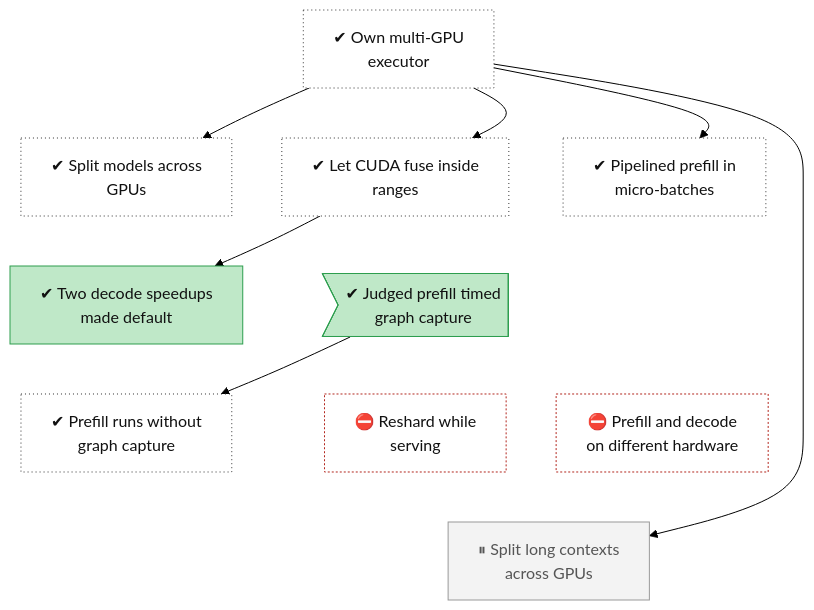
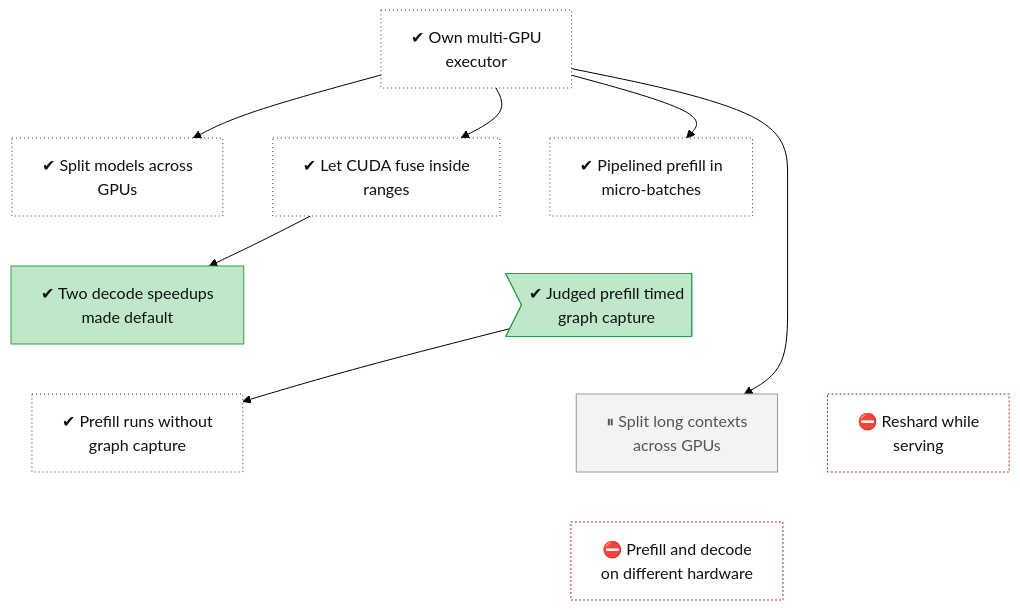
The diagram in docs/roadmap/tracks/multi.md (lhns/tetraeder), drawn with Mermaid (forest theme) before and after one commit. The commit also changed 9 other files, not shown here.

````diff
--- a/docs/roadmap/tracks/multi.md
+++ b/docs/roadmap/tracks/multi.md
@@ -10,49 +10,49 @@
 ```mermaid
 flowchart TB
     multi_executor["✔ Own multi-GPU<br/>executor"]
     multi_sharded["✔ Split models across<br/>GPUs"]
     multi_graph_views["✔ Let CUDA fuse inside<br/>ranges"]
     multi_pipelined_prefill["✔ Pipelined prefill in<br/>micro-batches"]
     multi_decode_toggles["✔ Two decode speedups<br/>made default"]
     multi_defect_capture>"✔ Judged prefill timed<br/>graph capture"]
     multi_prefill_no_capture["✔ Prefill runs without<br/>graph capture"]
+    multi_context_parallel["⏸ Split long contexts<br/>across GPUs"]
     multi_live_reshard["⛔ Reshard while<br/>serving"]
     multi_split_hardware["⛔ Prefill and decode<br/>on different hardware"]
-    multi_context_parallel["⏸ Split long contexts<br/>across GPUs"]
     multi_executor ~~~ multi_sharded
     multi_executor ~~~ multi_graph_views
     multi_executor ~~~ multi_pipelined_prefill
     multi_sharded ~~~ multi_decode_toggles
     multi_graph_views ~~~ multi_defect_capture
     multi_pipelined_prefill ~~~ multi_defect_capture
     multi_decode_toggles ~~~ multi_prefill_no_capture
+    multi_defect_capture ~~~ multi_context_parallel
     multi_defect_capture ~~~ multi_live_reshard
-    multi_defect_capture ~~~ multi_split_hardware
-    multi_prefill_no_capture ~~~ multi_context_parallel
-    multi_live_reshard ~~~ multi_context_parallel
-    multi_split_hardware ~~~ multi_context_parallel
+    multi_prefill_no_capture ~~~ multi_split_hardware
+    multi_context_parallel ~~~ multi_split_hardware
+    multi_live_reshard ~~~ multi_split_hardware
     multi_executor --> multi_sharded
     multi_executor --> multi_graph_views
     multi_executor --> multi_pipelined_prefill
     multi_graph_views --> multi_decode_toggles
     multi_defect_capture --> multi_prefill_no_capture
     multi_executor --> multi_context_parallel
     classDef vsucc fill:#2e9e4f,stroke:#1b6b34,color:#fff
     classDef succ fill:#bfe8c8,stroke:#2e9e4f,color:#111
     classDef mixed fill:#ffd37a,stroke:#c98a00,color:#111
     classDef bad fill:#f28b82,stroke:#b3261e,color:#111
     classDef dead fill:#e6e6e6,stroke:#777,stroke-dasharray:5 5,color:#555
     classDef inprog fill:#a8cdf5,stroke:#1f6fc5,color:#111
     classDef next fill:#fff,stroke:#333,color:#111
     classDef blocked fill:#fff,stroke:#b3261e,stroke-dasharray:2 2,color:#111
     classDef parked fill:#f3f3f3,stroke:#999,color:#555
     classDef unrated fill:#fff,stroke:#333,stroke-dasharray:1 3,color:#111
     classDef gate fill:#d9c2f0,stroke:#7b3fb5,color:#111
     classDef decided fill:#ece0f7,stroke:#7b3fb5,stroke-dasharray:2 2,color:#111
     classDef finding fill:#ffe0b2,stroke:#d84315,stroke-width:2px,color:#111
     classDef waiting fill:#e3f2fd,stroke:#1f6fc5,stroke-dasharray:5 5,color:#111
     class multi_executor,multi_sharded,multi_graph_views,multi_pipelined_prefill,multi_prefill_no_capture unrated
     class multi_decode_toggles,multi_defect_capture succ
+    class multi_context_parallel parked
     class multi_live_reshard,multi_split_hardware blocked
-    class multi_context_parallel parked
 ```
````
